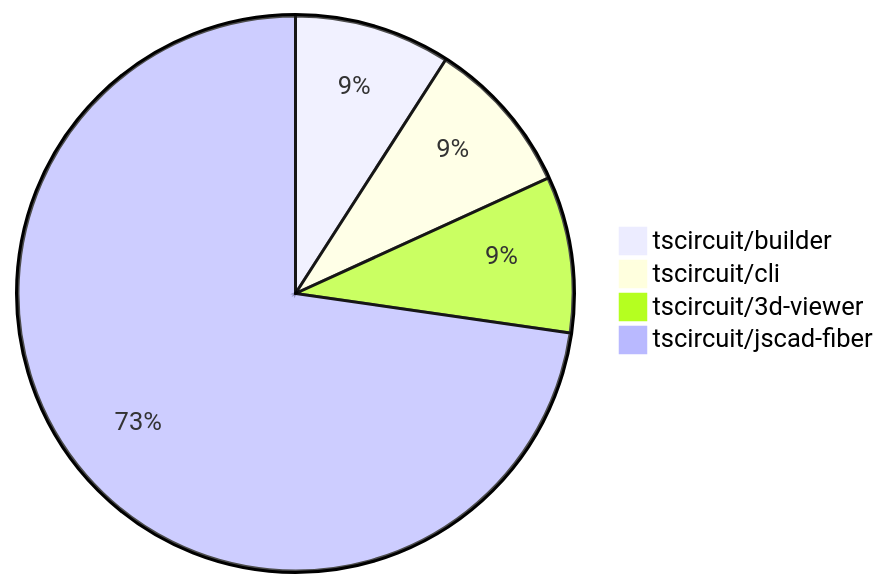
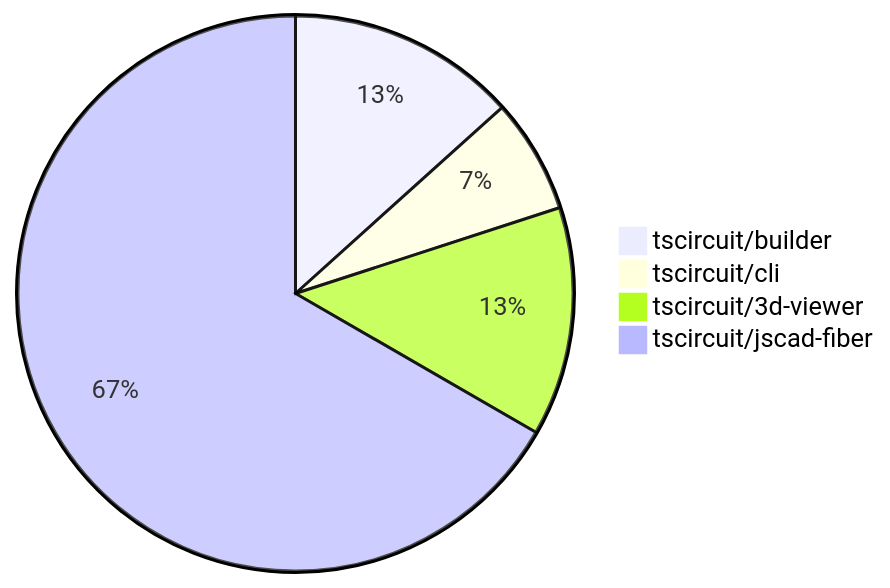
One commit to tscircuit/contribution-tracker changed the diagram in README.md. Above: the diagram before and after it, drawn with Mermaid. The commit also changed other lines of this file and 1 other file, not shown here.

````diff
--- a/README.md
+++ b/README.md
@@ -24,7 +24,7 @@
 ```mermaid
 pie
-    "tscircuit/builder" : 1
+    "tscircuit/builder" : 2
     "tscircuit/cli" : 1
-    "tscircuit/3d-viewer" : 1
-    "tscircuit/jscad-fiber" : 8
+    "tscircuit/3d-viewer" : 2
+    "tscircuit/jscad-fiber" : 10
 ```
````
